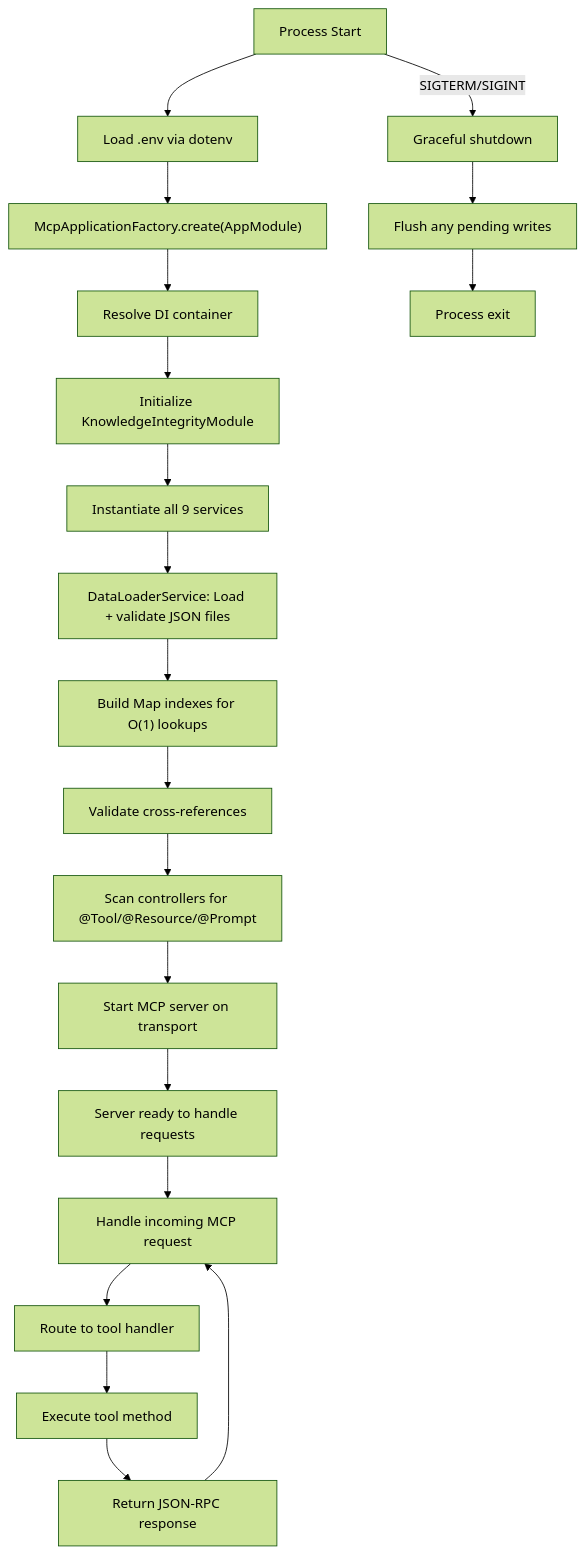
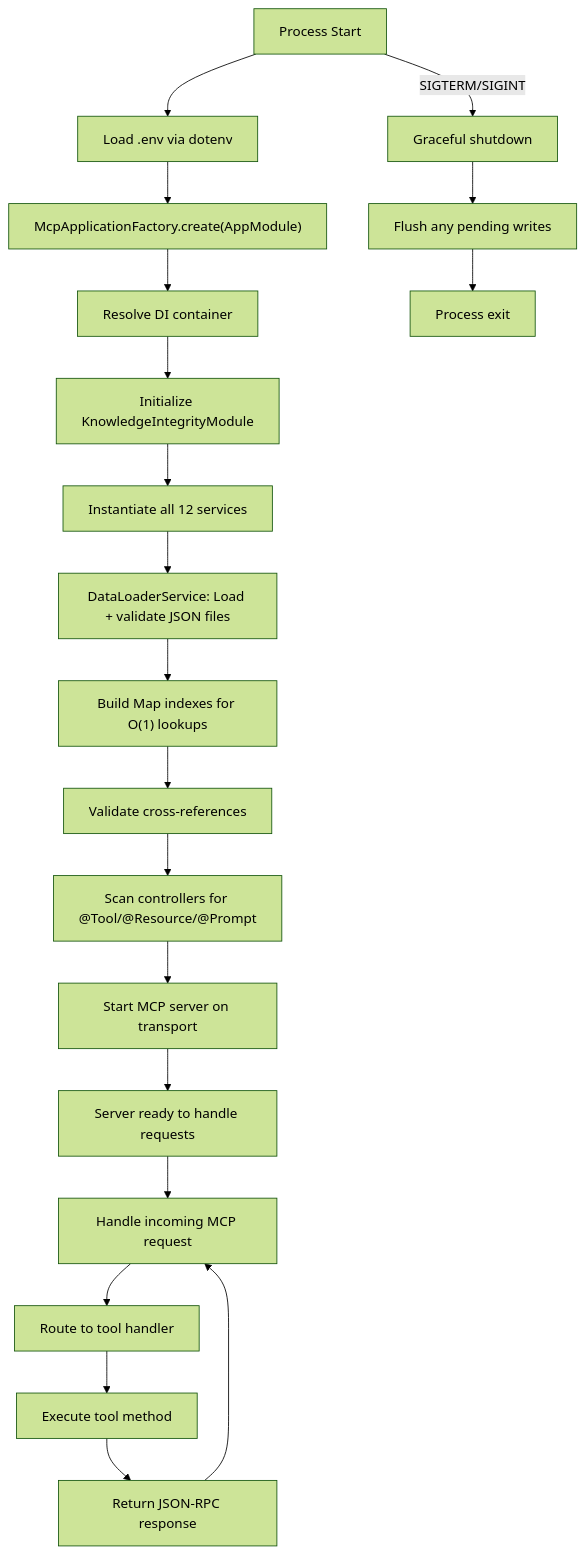
One commit to Naveen77qwerty/nitrostack-hackathon changed diagram 12 of 12 in README.md. Above: the diagram before and after it, drawn with Mermaid (forest theme). The commit also changed other lines of this file, not shown here.

````diff
--- a/README.md
+++ b/README.md
@@ -2854,24 +3108,24 @@
 ```mermaid
 flowchart TD
     START["Process Start"] --> ENV["Load .env via dotenv"]
     ENV --> BOOT["McpApplicationFactory.create(AppModule)"]
     BOOT --> DI["Resolve DI container"]
     DI --> MOD["Initialize KnowledgeIntegrityModule"]
-    MOD --> SVC["Instantiate all 9 services"]
+    MOD --> SVC["Instantiate all 12 services"]
     SVC --> DL["DataLoaderService: Load + validate JSON files"]
     DL --> IDX["Build Map indexes for O(1) lookups"]
     IDX --> REF["Validate cross-references"]
     REF --> SCAN["Scan controllers for @Tool/@Resource/@Prompt"]
     SCAN --> MCP["Start MCP server on transport"]
     MCP --> READY["Server ready to handle requests"]
     
     READY --> REQ["Handle incoming MCP request"]
     REQ --> ROUTE["Route to tool handler"]
     ROUTE --> EXEC["Execute tool method"]
     EXEC --> RESP["Return JSON-RPC response"]
     RESP --> REQ
     
     START -->|"SIGTERM/SIGINT"| SHUTDOWN["Graceful shutdown"]
     SHUTDOWN --> FLUSH["Flush any pending writes"]
     FLUSH --> EXIT["Process exit"]
 ```
````
